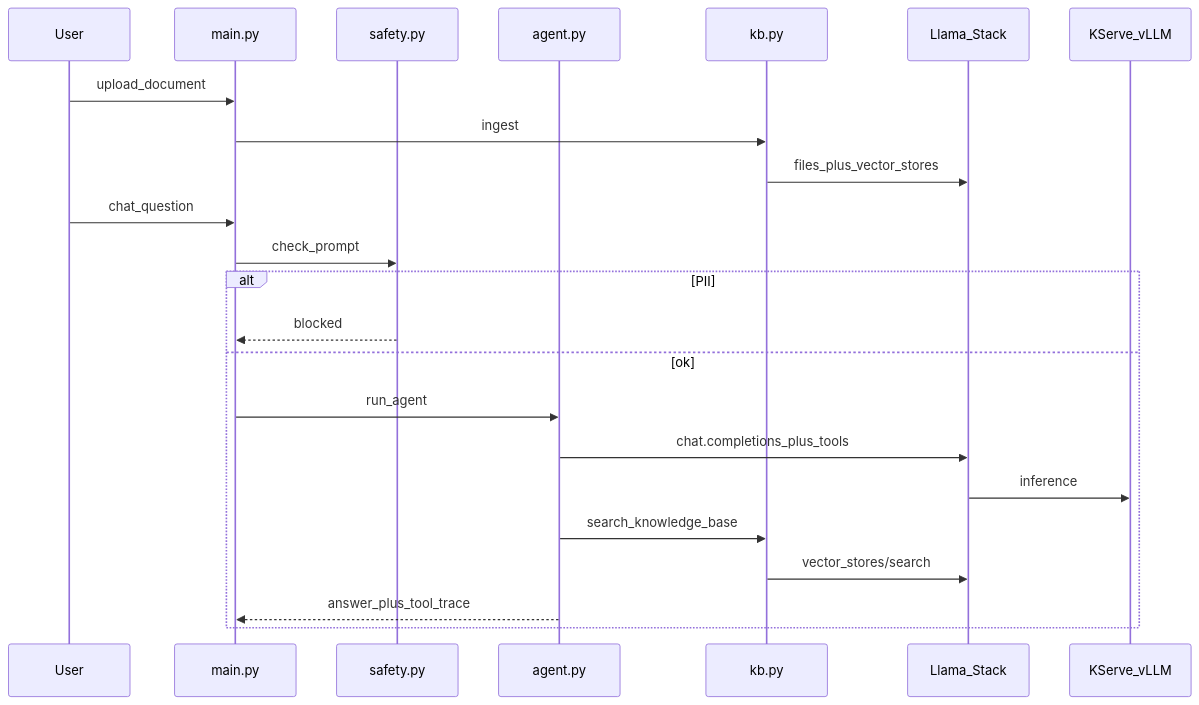
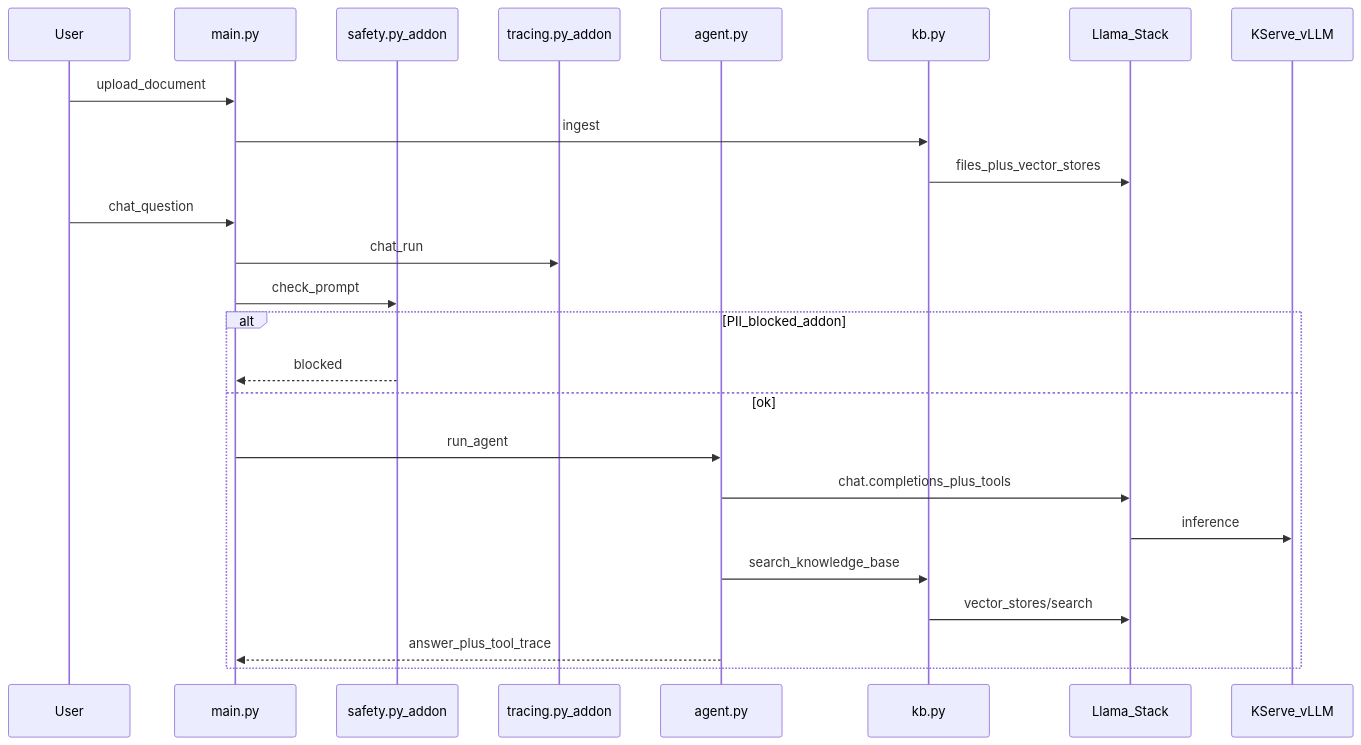
One commit to maschind/agent-azuresdk-demo changed the seventh of 7 diagrams in docs/SPEC.md. Above: the diagram before and after it, drawn with Mermaid. The commit also changed other lines of this file and 3 other files, not shown here.

````diff
--- a/docs/SPEC.md
+++ b/docs/SPEC.md
@@ -273,25 +277,27 @@
 ```mermaid
 sequenceDiagram
   participant U as User
   participant UI as main.py
-  participant Safe as safety.py
+  participant Safe as safety.py_addon
+  participant Trace as tracing.py_addon
   participant A as agent.py
   participant K as kb.py
   participant S as Llama_Stack
   participant M as KServe_vLLM
   U->>UI: upload_document
   UI->>K: ingest
   K->>S: files_plus_vector_stores
   U->>UI: chat_question
+  UI->>Trace: chat_run
   UI->>Safe: check_prompt
-  alt PII
+  alt PII_blocked_addon
     Safe-->>UI: blocked
   else ok
     UI->>A: run_agent
     A->>S: chat.completions_plus_tools
     S->>M: inference
     A->>K: search_knowledge_base
     K->>S: vector_stores/search
     A-->>UI: answer_plus_tool_trace
   end
 ```
````
